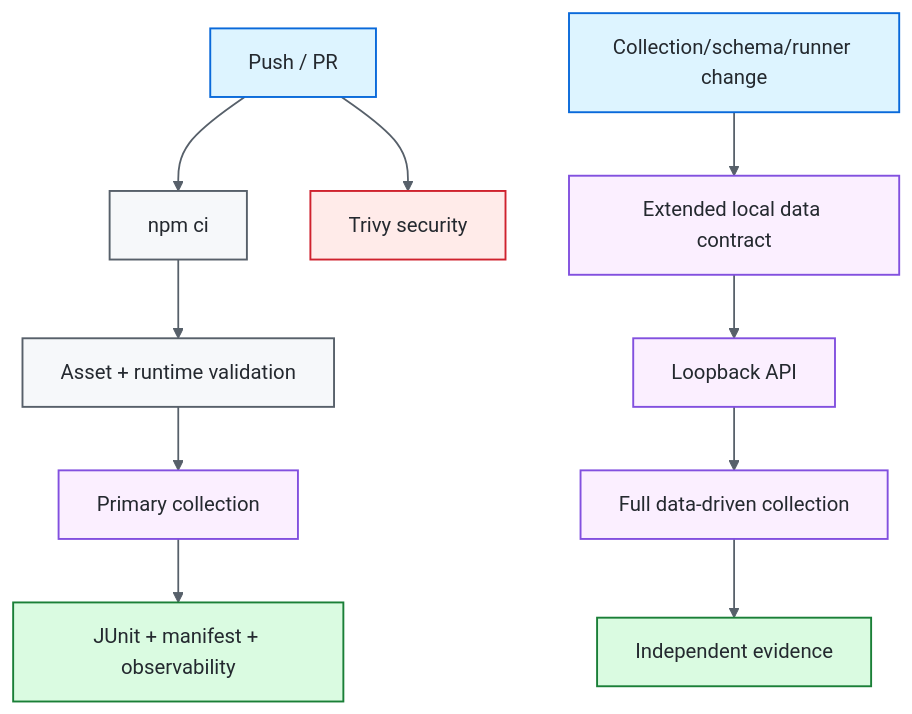
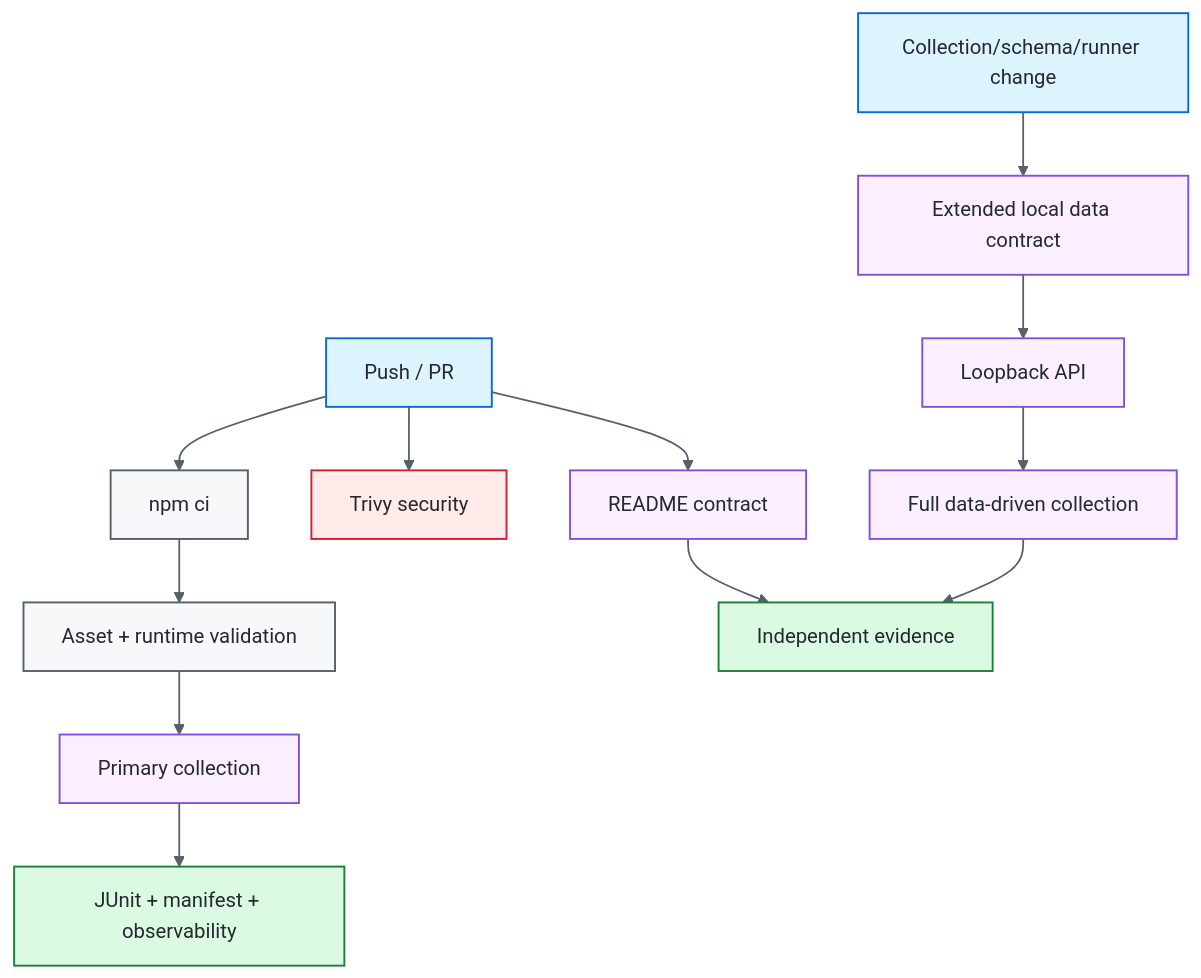
One commit to portyu9/qa-automation-api-postman-newman changed the second of 2 diagrams in README.md. Above: the diagram before and after it, drawn with Mermaid. The commit also changed other lines of this file and 2 other files, not shown here.

````diff
--- a/README.md
+++ b/README.md
@@ -293,24 +306,26 @@
 ```mermaid
 flowchart TD
     PR[Push / PR] --> INSTALL[npm ci]
     INSTALL --> VALIDATE[Asset + runtime validation]
     VALIDATE --> NEWMAN[Primary collection]
     NEWMAN --> REPORT[JUnit + manifest + observability]
     PR --> SEC[Trivy security]
+    PR --> DOCS[README contract]
     APICHANGE[Collection/schema/runner change] --> EXT[Extended local data contract]
     EXT --> LOCAL[Loopback API]
     LOCAL --> FULL[Full data-driven collection]
     FULL --> REPORT2[Independent evidence]
+    DOCS --> REPORT2
 
     classDef entry fill:#ddf4ff,stroke:#0969da,color:#24292f,stroke-width:1.5px;
     classDef core fill:#f6f8fa,stroke:#57606a,color:#24292f,stroke-width:1.5px;
     classDef gate fill:#fbefff,stroke:#8250df,color:#24292f,stroke-width:1.5px;
     classDef evidence fill:#dafbe1,stroke:#1a7f37,color:#24292f,stroke-width:1.5px;
     classDef security fill:#ffebe9,stroke:#cf222e,color:#24292f,stroke-width:1.5px;
     class PR,APICHANGE entry;
     class INSTALL,VALIDATE core;
-    class NEWMAN,EXT,LOCAL,FULL gate;
+    class NEWMAN,EXT,LOCAL,FULL,DOCS gate;
     class SEC security;
     class REPORT,REPORT2 evidence;
     linkStyle default stroke:#57606a,stroke-width:1.4px;
 ```
````
